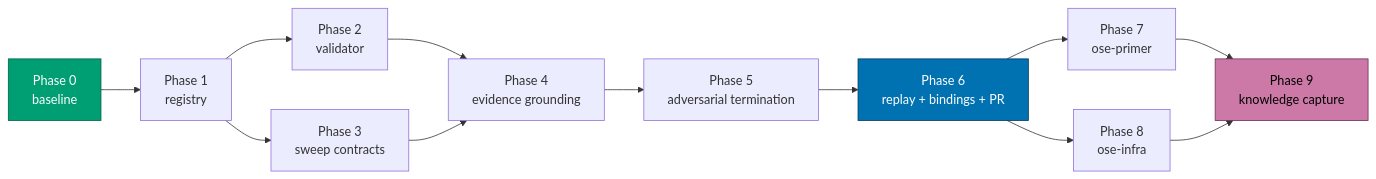
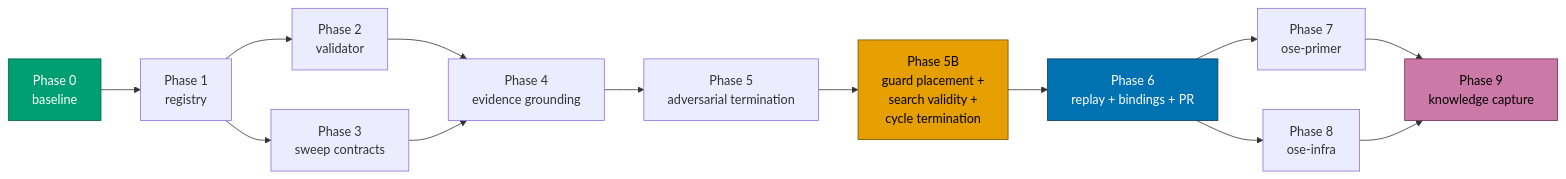
The eighth of 8 diagrams in plans/backlog/2026-07-20__repo-rules-quality-gate-convergence/tech-docs.md (wahidyankf/baseerah), drawn with Mermaid before and after one commit. The commit also changed other lines of this file and 5 other files, not shown here.

````diff
--- a/plans/backlog/2026-07-20__repo-rules-quality-gate-convergence/tech-docs.md
+++ b/plans/backlog/2026-07-20__repo-rules-quality-gate-convergence/tech-docs.md
@@ -155,19 +155,21 @@
 ```mermaid
 %% Phase progression with gates
 flowchart LR
   P0[Phase 0<br/>baseline] --> P1[Phase 1<br/>registry]
   P1 --> P2[Phase 2<br/>validator]
   P1 --> P3[Phase 3<br/>sweep contracts]
   P2 --> P4[Phase 4<br/>evidence grounding]
   P3 --> P4
   P4 --> P5[Phase 5<br/>adversarial termination]
-  P5 --> P6[Phase 6<br/>replay + bindings + PR]
+  P5 --> P5B[Phase 5B<br/>guard placement +<br/>search validity +<br/>cycle termination]
+  P5B --> P6[Phase 6<br/>replay + bindings + PR]
   P6 --> P7[Phase 7<br/>ose-primer]
   P6 --> P8[Phase 8<br/>ose-infra]
   P7 --> P9[Phase 9<br/>knowledge capture]
   P8 --> P9
 
   style P0 fill:#009E73,stroke:#006147,color:#FFFFFF
+  style P5B fill:#E69F00,stroke:#7A5200,color:#000000
   style P6 fill:#0072B2,stroke:#04395E,color:#FFFFFF
   style P9 fill:#CC79A7,stroke:#6B2F55,color:#000000
 ```
````
